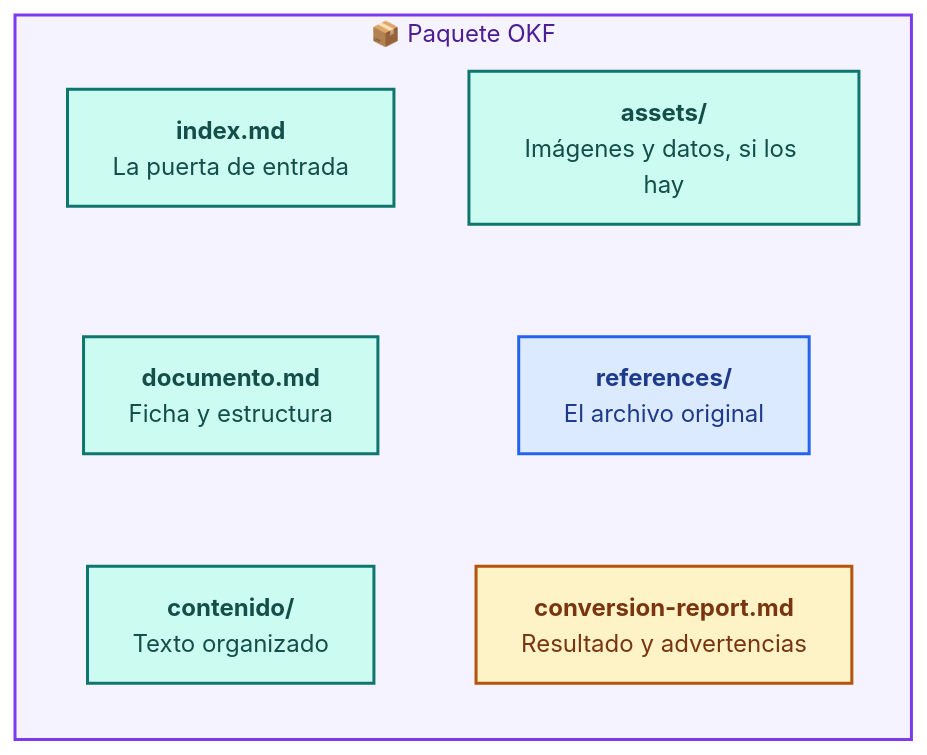
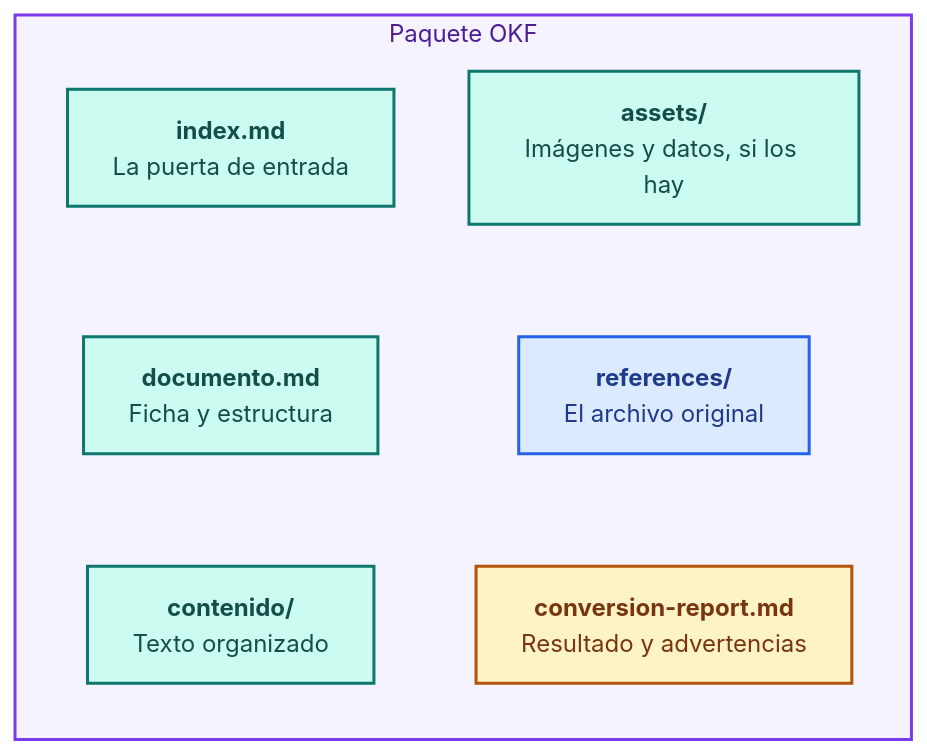
One commit to jpadillaa/rs_okf_microservice changed the second of 7 diagrams in README.md. Above: the diagram before and after it, drawn with Mermaid (base theme). The commit also changed other lines of this file and 13 other files, not shown here.

First line of the commit message:
Reorganize the documentation and drop renumbered schemas

````diff
--- a/README.md
+++ b/README.md
@@ -50,19 +50,19 @@
 ```mermaid
 flowchart LR
     accTitle: Qué hay dentro del ZIP
     accDescr: El paquete incluye un índice, una ficha del documento, el contenido convertido, los recursos cuando los hay, el original y un informe de conversión.
-    subgraph d2_zip["📦 Paquete OKF"]
+    subgraph d2_zip["Paquete OKF"]
         direction TB
         d2_index["<b>index.md</b><br/>La puerta de entrada"] ~~~ d2_doc["<b>documento.md</b><br/>Ficha y estructura"]
         d2_doc ~~~ d2_content["<b>contenido/</b><br/>Texto organizado"]
         d2_assets["<b>assets/</b><br/>Imágenes y datos, si los hay"] ~~~ d2_original["<b>references/</b><br/>El archivo original"]
         d2_original ~~~ d2_report["<b>conversion-report.md</b><br/>Resultado y advertencias"]
     end
     classDef output fill:#CCFBF1,stroke:#0F766E,color:#134E4A,stroke-width:2px;
     classDef input fill:#DBEAFE,stroke:#2563EB,color:#1E3A8A,stroke-width:2px;
     classDef review fill:#FEF3C7,stroke:#B45309,color:#78350F,stroke-width:2px;
     class d2_index,d2_doc,d2_content,d2_assets output;
     class d2_original input;
     class d2_report review;
     style d2_zip fill:#F5F3FF,stroke:#7C3AED,color:#4C1D95,stroke-width:2px;
 ```
````
